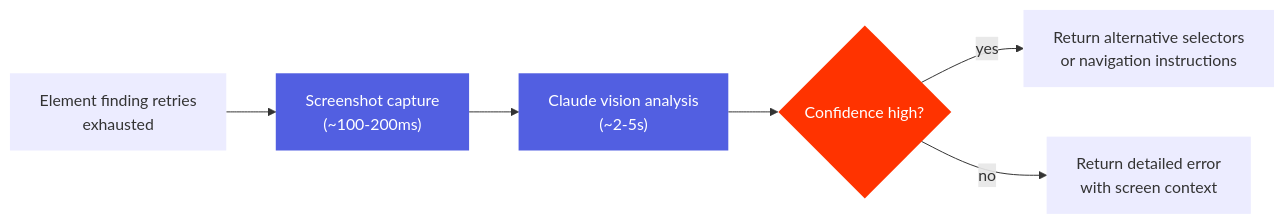
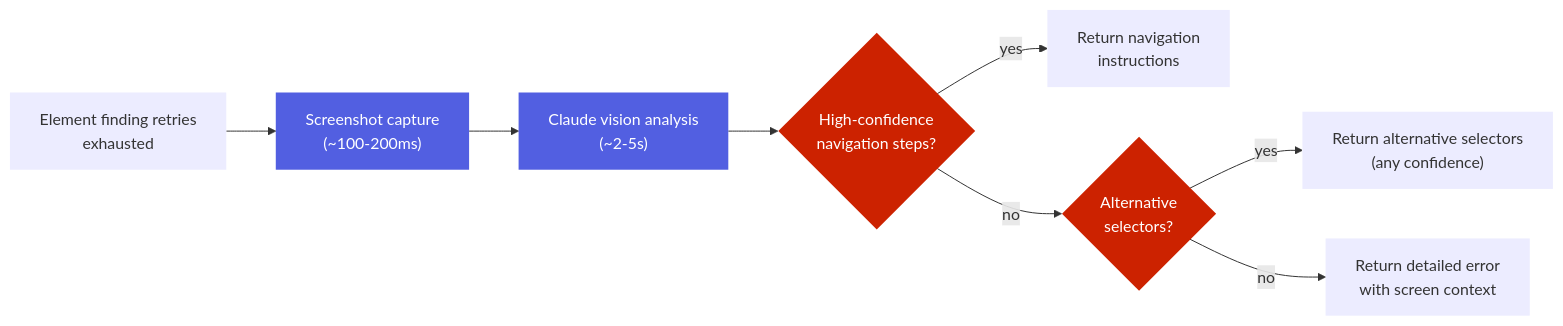
The diagram in docs/design-docs/mcp/observe/vision-fallback.md (kaeawc/auto-mobile), drawn with Mermaid before and after one commit. The commit also changed other lines of this file and 2 other files, not shown here.

````diff
--- a/docs/design-docs/mcp/observe/vision-fallback.md
+++ b/docs/design-docs/mcp/observe/vision-fallback.md
@@ -25,14 +28,16 @@
 ```mermaid
 flowchart LR
     A["Element finding retries<br/>exhausted"] --> B["Screenshot capture<br/>(~100-200ms)"];
     B --> C["Claude vision analysis<br/>(~2-5s)"];
-    C --> D{"Confidence high?"};
-    D -->|"yes"| E["Return alternative selectors<br/>or navigation instructions"];
-    D -->|"no"| F["Return detailed error<br/>with screen context"];
-    classDef decision fill:#FF3300,stroke-width:0px,color:white;
+    C --> D{"High-confidence<br/>navigation steps?"};
+    D -->|"yes"| E["Return navigation<br/>instructions"];
+    D -->|"no"| F{"Alternative<br/>selectors?"};
+    F -->|"yes"| G["Return alternative selectors<br/>(any confidence)"];
+    F -->|"no"| H["Return detailed error<br/>with screen context"];
+    classDef decision fill:#CC2200,stroke-width:0px,color:white;
     classDef logic fill:#525FE1,stroke-width:0px,color:white;
     classDef result stroke-width:0px;
-    class A,E,F result;
+    class A,E,G,H result;
     class B,C logic;
-    class D decision;
+    class D,F decision;
 ```
````
